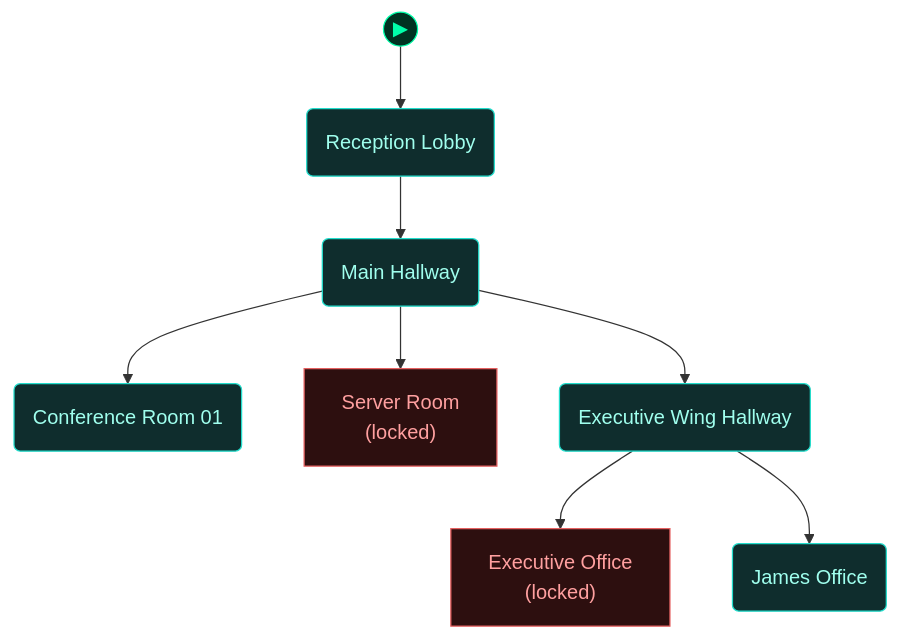
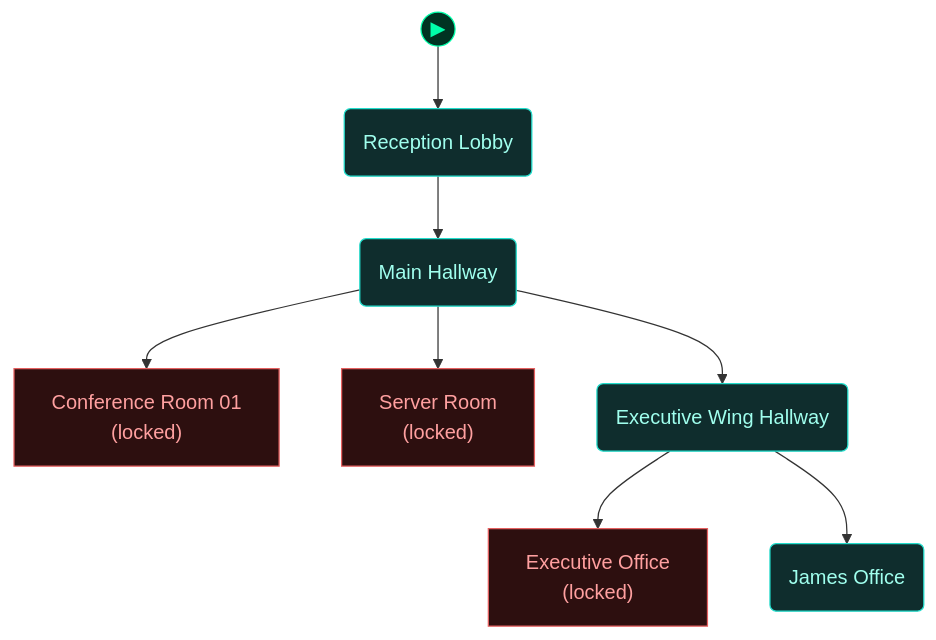
One commit to cliffe/BreakEscapeGame changed the fourth of 5 diagrams in scenarios/m03_ghost_in_the_machine/dungeon_graph.md. Above: the diagram before and after it, drawn with Mermaid. The commit also changed other lines of this file and 9 other files, not shown here.

````diff
--- a/scenarios/m03_ghost_in_the_machine/dungeon_graph.md
+++ b/scenarios/m03_ghost_in_the_machine/dungeon_graph.md
@@ -256,40 +260,40 @@
 ```mermaid
 flowchart TD
 
   classDef room      fill:#0f2d2d,stroke:#22ddcc,color:#a0ffee
   classDef lock      fill:#2d0f0f,stroke:#e66060,color:#ffa0a0
   classDef key       fill:#2d0812,stroke:#e66060,color:#ffa0a0
   classDef item      fill:#2d1200,stroke:#e89030,color:#ffcc80
   classDef gate      fill:#111,stroke:#666,color:#eee
   classDef vm        fill:#0c1f40,stroke:#4a90d9,color:#a0c8ff
   classDef flag      fill:#1a0c2d,stroke:#9060d0,color:#cc99ff
   classDef action    fill:#1a1200,stroke:#cc9922,color:#ffee88
   classDef aim       fill:#0d2a0d,stroke:#44cc44,color:#88ff88
   classDef aim_gate  fill:#111111,stroke:#44cc44,color:#44cc44
   classDef container fill:#1a2d1a,stroke:#60b060,color:#a0e0a0
   classDef npc       fill:#2d1f0d,stroke:#d0a050,color:#ffe0a0
   classDef critical  fill:#2a1500,stroke:#ffaa00,color:#ffdd88
   classDef start     fill:#003322,stroke:#00ffaa,color:#00ffaa
 
   node_start(("▶"))
   node_start --> reception_lobby
 
   reception_lobby("Reception Lobby")
   main_hallway("Main Hallway")
-  conference_room_01("Conference Room 01")
+  conference_room_01["Conference Room 01<br/>(locked)"]
   server_room["Server Room<br/>(locked)"]
   executive_wing_hallway("Executive Wing Hallway")
   executive_office["Executive Office<br/>(locked)"]
   james_office("James Office")
 
   reception_lobby --> main_hallway
   main_hallway --> conference_room_01
   main_hallway --> server_room
   main_hallway --> executive_wing_hallway
   executive_wing_hallway --> executive_office
   executive_wing_hallway --> james_office
 
-  class reception_lobby,main_hallway,conference_room_01,executive_wing_hallway,james_office room
-  class server_room,executive_office lock
+  class reception_lobby,main_hallway,executive_wing_hallway,james_office room
+  class conference_room_01,server_room,executive_office lock
   class node_start start
 ```
````
